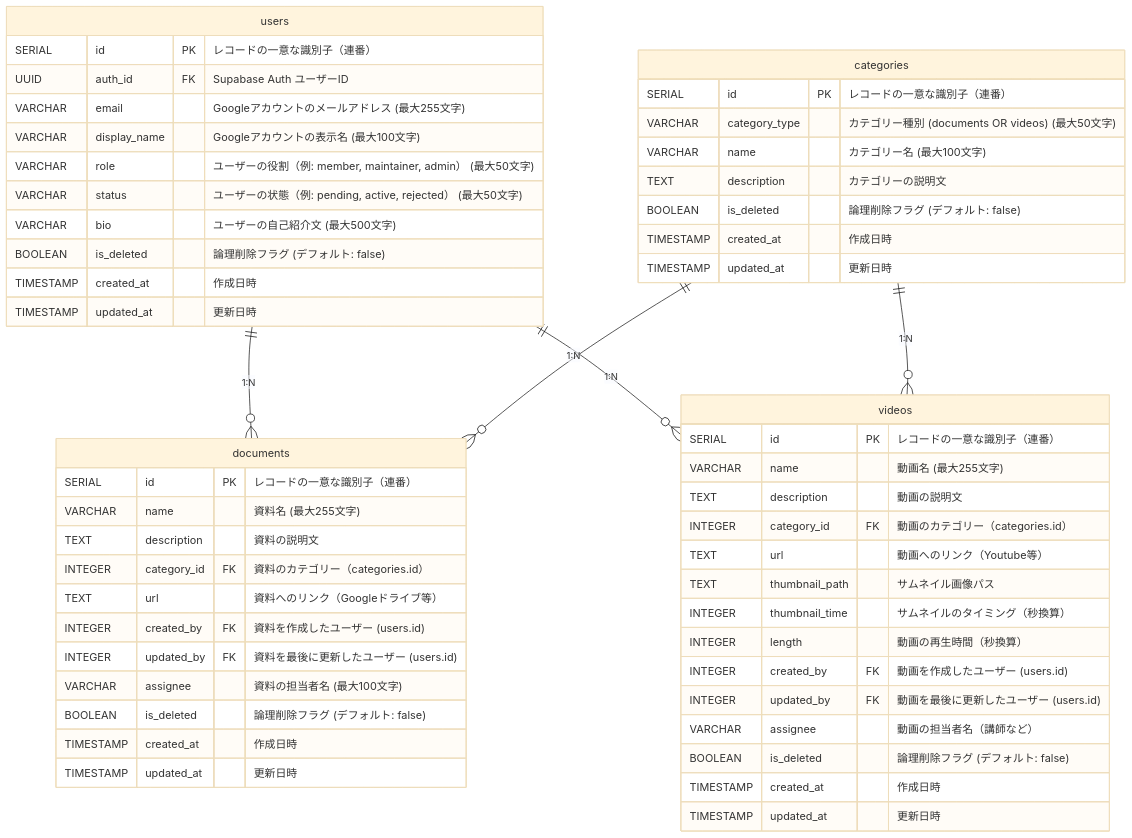
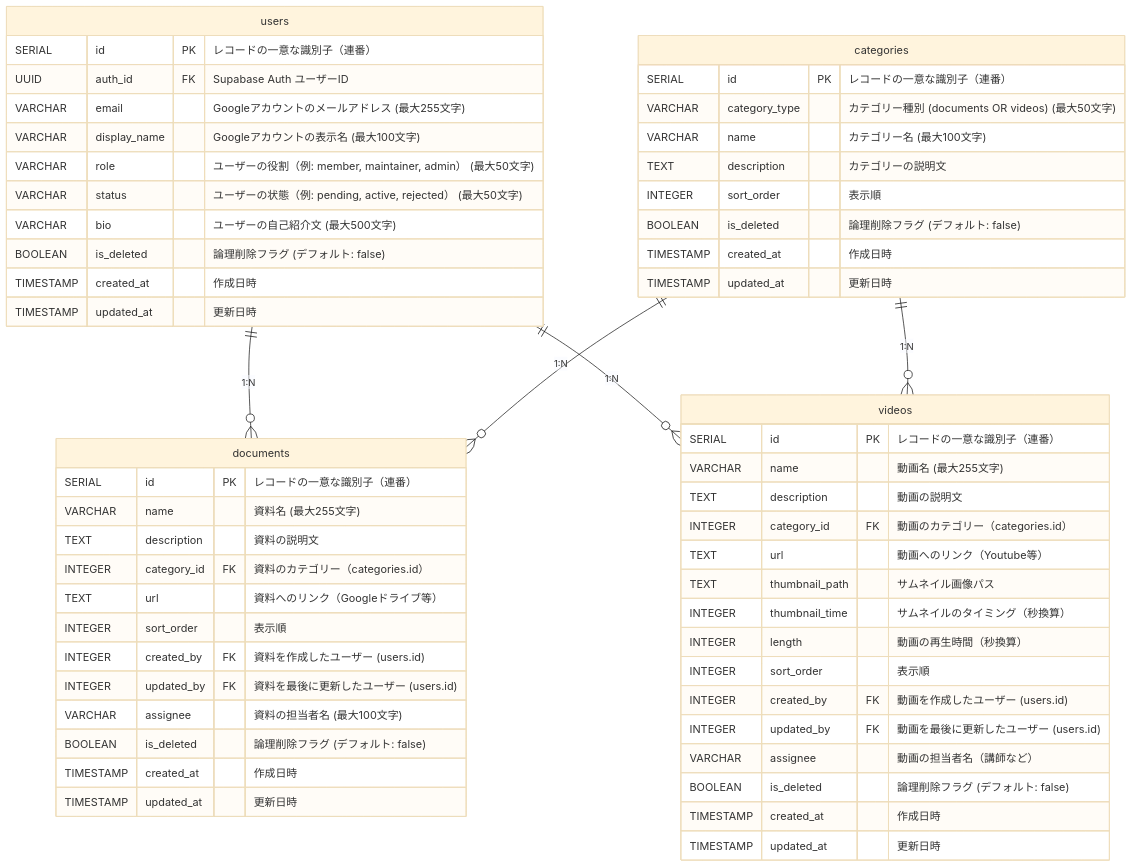
One commit to Singuralitylabs/portal-site changed the diagram in docs/database.md. Above: the diagram before and after it, drawn with Mermaid (base theme). The commit also changed other lines of this file and 1 other file, not shown here.

Commit message:
表示順の追加（設計）

````diff
--- a/docs/database.md
+++ b/docs/database.md
@@ -101,61 +104,64 @@
 ```mermaid
 erDiagram
     users {
         SERIAL id PK "レコードの一意な識別子（連番）"
         UUID auth_id FK "Supabase Auth ユーザーID"
         VARCHAR email "Googleアカウントのメールアドレス (最大255文字)"
         VARCHAR display_name "Googleアカウントの表示名 (最大100文字)"
         VARCHAR role "ユーザーの役割（例: member, maintainer, admin） (最大50文字)"
         VARCHAR status "ユーザーの状態（例: pending, active, rejected） (最大50文字)"
         VARCHAR bio "ユーザーの自己紹介文 (最大500文字)"
         BOOLEAN is_deleted "論理削除フラグ (デフォルト: false)"
         TIMESTAMP created_at "作成日時"
         TIMESTAMP updated_at "更新日時"
     }
 
     documents {
         SERIAL id PK "レコードの一意な識別子（連番）"
         VARCHAR name "資料名 (最大255文字)"
         TEXT description "資料の説明文"
         INTEGER category_id FK "資料のカテゴリー（categories.id）"
         TEXT url "資料へのリンク（Googleドライブ等）"
+        INTEGER sort_order "表示順"
         INTEGER created_by FK "資料を作成したユーザー (users.id)"
         INTEGER updated_by FK "資料を最後に更新したユーザー (users.id)"
         VARCHAR assignee "資料の担当者名 (最大100文字)"
         BOOLEAN is_deleted "論理削除フラグ (デフォルト: false)"
         TIMESTAMP created_at "作成日時"
         TIMESTAMP updated_at "更新日時"
     }
 
     videos {
         SERIAL id PK "レコードの一意な識別子（連番）"
         VARCHAR name "動画名 (最大255文字)"
         TEXT description "動画の説明文"
         INTEGER category_id FK "動画のカテゴリー（categories.id）"
         TEXT url "動画へのリンク（Youtube等）"
         TEXT thumbnail_path "サムネイル画像パス"
         INTEGER thumbnail_time "サムネイルのタイミング（秒換算）"
         INTEGER length "動画の再生時間（秒換算）"
+        INTEGER sort_order "表示順"
         INTEGER created_by FK "動画を作成したユーザー (users.id)"
         INTEGER updated_by FK "動画を最後に更新したユーザー (users.id)"
         VARCHAR assignee "動画の担当者名（講師など）"
         BOOLEAN is_deleted "論理削除フラグ (デフォルト: false)"
         TIMESTAMP created_at "作成日時"
         TIMESTAMP updated_at "更新日時"
     }
 
     categories {
         SERIAL id PK "レコードの一意な識別子（連番）"
         VARCHAR category_type "カテゴリー種別 (documents OR videos) (最大50文字)"
         VARCHAR name "カテゴリー名 (最大100文字)"
         TEXT description "カテゴリーの説明文"
+        INTEGER sort_order "表示順"
         BOOLEAN is_deleted "論理削除フラグ (デフォルト: false)"
         TIMESTAMP created_at "作成日時"
         TIMESTAMP updated_at "更新日時"
     }
 
     users ||--o{ documents : "1:N"
     users ||--o{ videos : "1:N"
     categories ||--o{ documents : "1:N"
     categories ||--o{ videos : "1:N"
 ```
````
